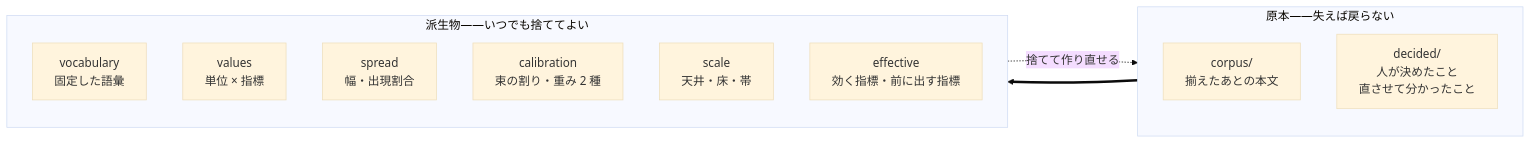
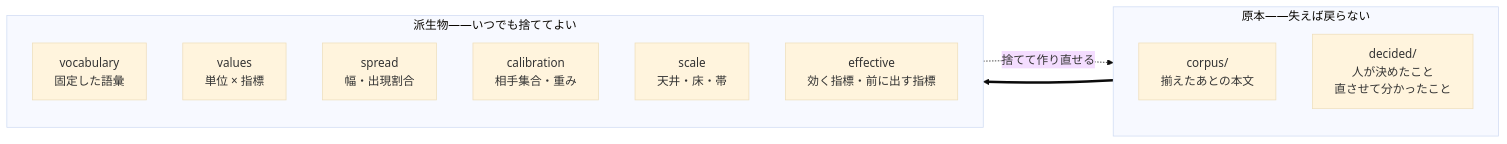
One commit to lambdalisue/kuchiyose changed the diagram in docs/design/100-cassette.md. Above: the diagram before and after it, drawn with Mermaid (base theme). The commit also changed other lines of this file and 43 other files, not shown here.

````diff
--- a/docs/design/100-cassette.md
+++ b/docs/design/100-cassette.md
@@ -23,19 +23,19 @@
 ```mermaid
 flowchart LR
     subgraph keep["原本——失えば戻らない"]
         direction TB
         corpus["corpus/<br/>揃えたあとの本文"]
         decided["decided/<br/>人が決めたこと<br/>直させて分かったこと"]
     end
     subgraph drop["派生物——いつでも捨ててよい"]
         direction TB
         vocab["vocabulary<br/>固定した語彙"]
         values["values<br/>単位 × 指標"]
         spread["spread<br/>幅・出現割合"]
-        calib["calibration<br/>束の割り・重み 2 種"]
+        calib["calibration<br/>相手集合・重み"]
         scale["scale<br/>天井・床・帯"]
         eff["effective<br/>効く指標・前に出す指標"]
     end
     keep ==> drop
     drop -. 捨てて作り直せる .-> keep
 ```
````
